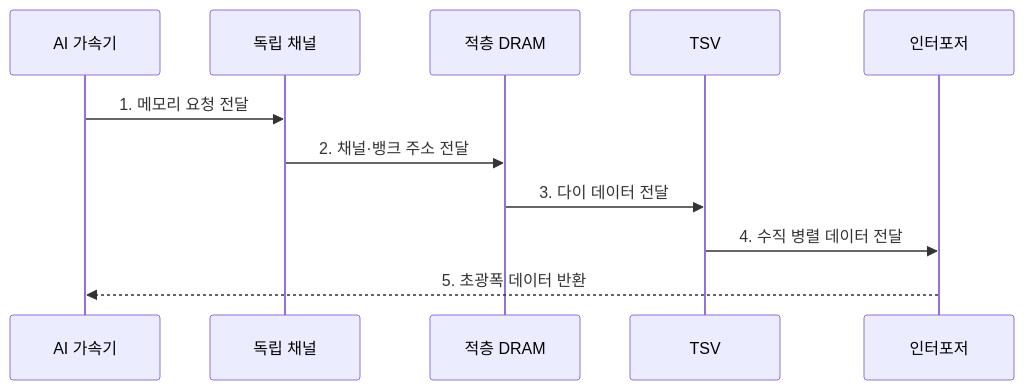
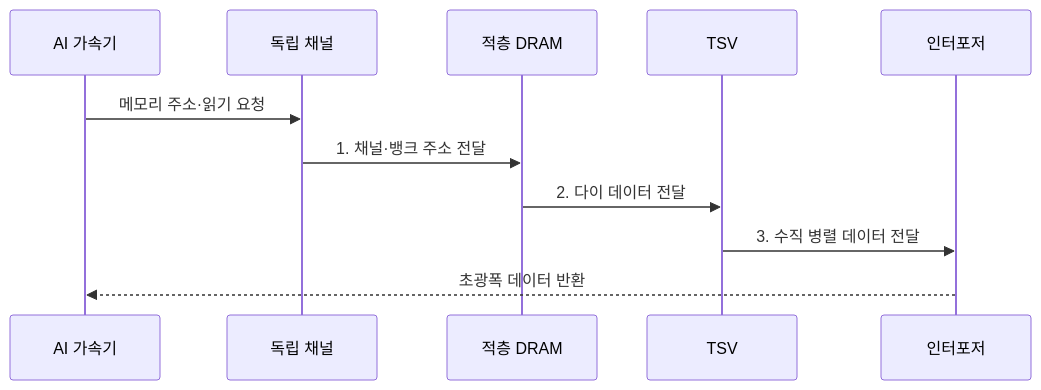
One commit to agnusdei1207/knowledge-base changed the second of 2 diagrams in src/content/docs/notes/08-latest-tech/145_hbm_high_bandwidth_memory.md. Above: the diagram before and after it, drawn with Mermaid. The commit also changed other lines of this file and 225 other files, not shown here.

````diff
--- a/src/content/docs/notes/08-latest-tech/145_hbm_high_bandwidth_memory.md
+++ b/src/content/docs/notes/08-latest-tech/145_hbm_high_bandwidth_memory.md
@@ -81,13 +81,13 @@
 ```mermaid
 sequenceDiagram
     participant G as AI 가속기
     participant C as 독립 채널
     participant D as 적층 DRAM
     participant T as TSV
     participant I as 인터포저
-    G->>C: 1. 메모리 요청 전달
-    C->>D: 2. 채널·뱅크 주소 전달
-    D->>T: 3. 다이 데이터 전달
-    T->>I: 4. 수직 병렬 데이터 전달
-    I-->>G: 5. 초광폭 데이터 반환
+    G->>C: 메모리 주소·읽기 요청
+    C->>D: 1. 채널·뱅크 주소 전달
+    D->>T: 2. 다이 데이터 전달
+    T->>I: 3. 수직 병렬 데이터 전달
+    I-->>G: 초광폭 데이터 반환
 ```
````
